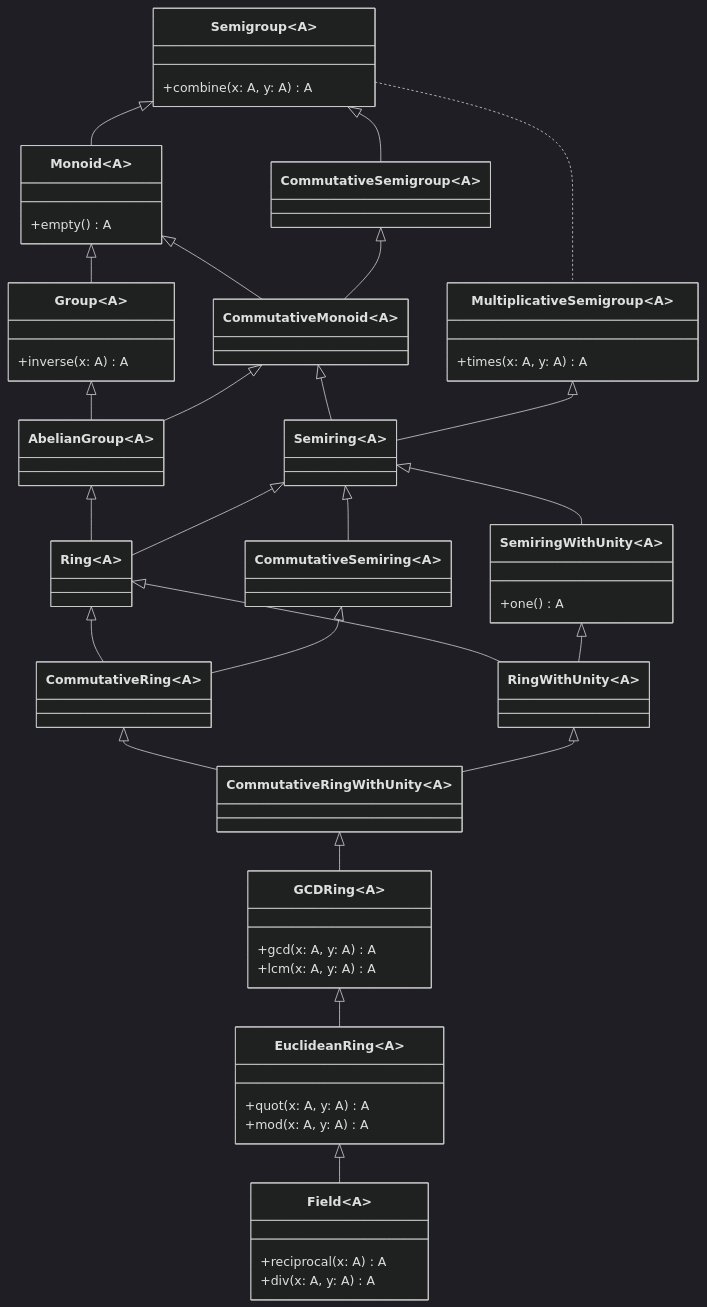
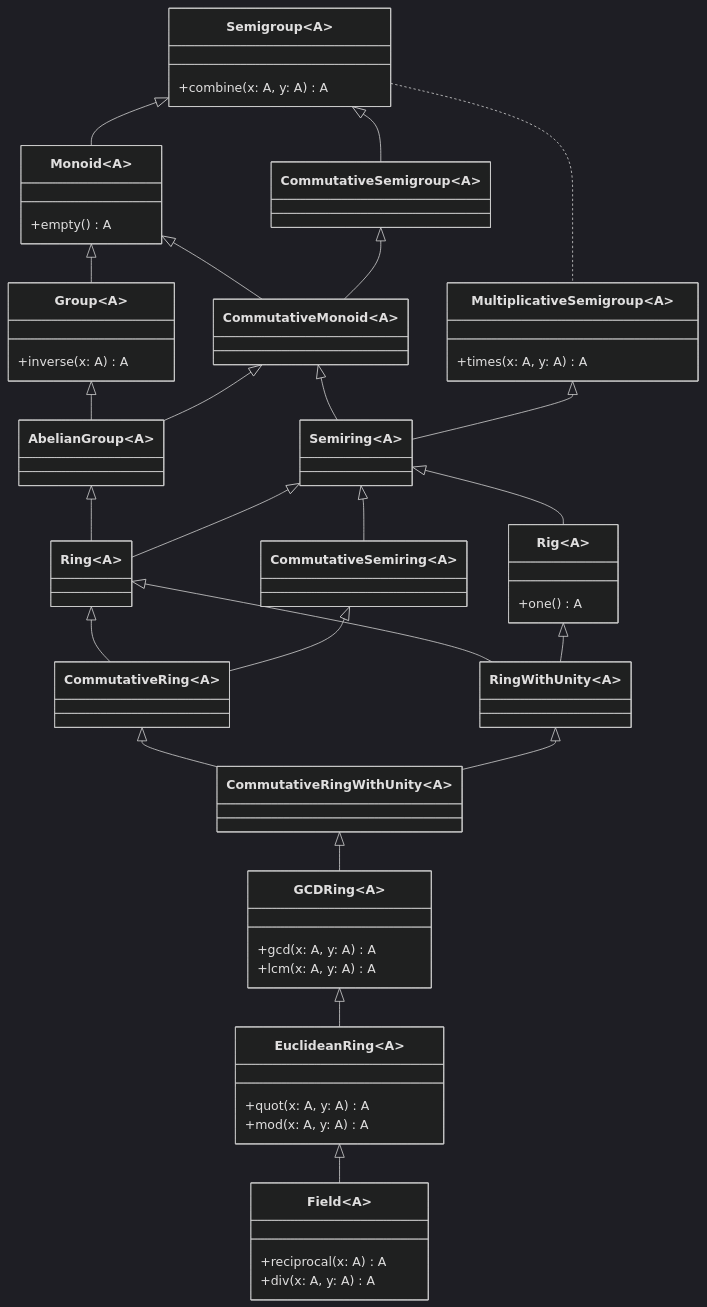
One commit to artemkorsakov/scalabook changed the diagram in docs/typeclass/monoid/field.md. Above: the diagram before and after it, drawn with Mermaid (dark theme). The commit also changed 12 other files, not shown here.

````diff
--- a/docs/typeclass/monoid/field.md
+++ b/docs/typeclass/monoid/field.md
@@ -221,62 +221,62 @@
 ```mermaid
 classDiagram
     class Semigroup~A~{
         +combine(x: A, y: A) A
     }  
     class Monoid~A~{
         +empty() A
     }
     Semigroup <|-- Monoid
     class CommutativeSemigroup~A~
     Semigroup <|-- CommutativeSemigroup  
     class Group~A~{
       +inverse(x: A) A
     }  
     Monoid <|-- Group 
     class CommutativeMonoid~A~
     Monoid <|-- CommutativeMonoid
     CommutativeSemigroup <|-- CommutativeMonoid
     class AbelianGroup~A~
     Group <|-- AbelianGroup
     CommutativeMonoid <|-- AbelianGroup
     class Semiring~A~
     CommutativeMonoid <|-- Semiring
     class MultiplicativeSemigroup~A~{
         +times(x: A, y: A) A
     }
     MultiplicativeSemigroup <|-- Semiring
     Semigroup .. MultiplicativeSemigroup
     class Ring~A~
     AbelianGroup <|-- Ring
     Semiring <|-- Ring
     class CommutativeSemiring~A~
     Semiring <|-- CommutativeSemiring
-    class SemiringWithUnity~A~{
+    class Rig~A~{
         +one() A
     }
-    Semiring <|-- SemiringWithUnity
+    Semiring <|-- Rig
     class CommutativeRing~A~
     Ring <|-- CommutativeRing
     CommutativeSemiring <|-- CommutativeRing
     class RingWithUnity~A~
     Ring <|-- RingWithUnity
-    SemiringWithUnity <|-- RingWithUnity
+    Rig <|-- RingWithUnity
     class CommutativeRingWithUnity~A~
     CommutativeRing <|-- CommutativeRingWithUnity
     RingWithUnity <|-- CommutativeRingWithUnity
     class GCDRing~A~{
         +gcd(x: A, y: A) A
         +lcm(x: A, y: A) A
     }
     CommutativeRingWithUnity <|-- GCDRing
     class EuclideanRing~A~{
         +quot(x: A, y: A) A
         +mod(x: A, y: A) A
     }
     GCDRing <|-- EuclideanRing
     class Field~A~{
         +reciprocal(x: A) A
         +div(x: A, y: A) A
     }
     EuclideanRing <|-- Field
 ```
````
